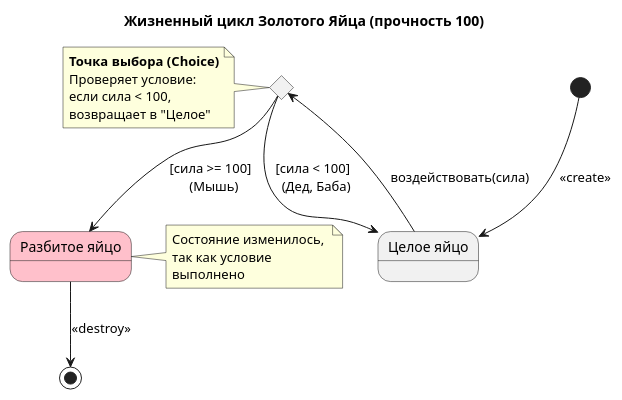
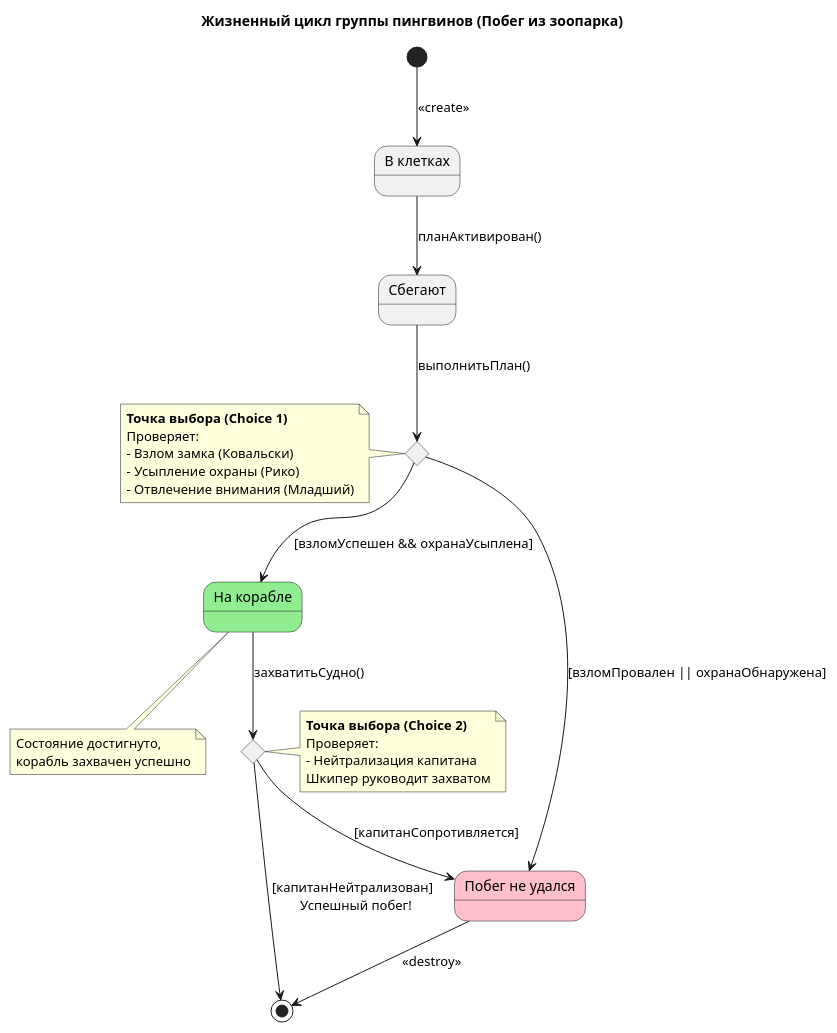
One commit to mruss-3/- changed the diagram in doc/state.puml. Above: the diagram before and after it, drawn with PlantUML.

```diff
--- a/doc/state.puml
+++ b/doc/state.puml
@@ -1,36 +1,57 @@
 @startuml
 skinparam state {
-  BackgroundColor<<Broken>> #pink
+  BackgroundColor<<Success>> #lightgreen
+  BackgroundColor<<Fail>> #pink
 }
 
-title Жизненный цикл Золотого Яйца (прочность 100)
+title Жизненный цикл группы пингвинов (Побег из зоопарка)
 
-[*] --> Целое : <<create>>
+[*] --> ВКлетках : <<create>>
 
-state "Целое яйцо" as Целое
-state "Разбитое яйцо" as Разбитое <<Broken>>
-state c <<choice>> 
+state "В клетках" as ВКлетках
+state "Сбегают" as Сбегают
+state "На корабле" as НаКорабле <<Success>>
+state "Побег не удался" as ПобегНеудался <<Fail>>
+state c1 <<choice>>
+state c2 <<choice>>
 
-' Все воздействия идут в точку принятия решения
-Целое --> c : воздействовать(сила)
+' Переходы
+ВКлетках --> Сбегают : планАктивирован()
 
-' Логика распределения потоков
-c --> Целое : [сила < 100] \n (Дед, Баба)
-c --> Разбитое : [сила >= 100] \n (Мышь)
+Сбегают --> c1 : выполнитьПлан()
 
-' Финал
-Разбитое --> [*] : <<destroy>>
+' Точка выбора 1: проверка взлома и усыпления
+c1 --> НаКорабле : [взломУспешен && охранаУсыплена]
+c1 --> ПобегНеудался : [взломПровален || охранаОбнаружена]
 
-note left of c
-  **Точка выбора (Choice)**
-  Проверяет условие:
-  если сила < 100, 
-  возвращает в "Целое"
+' Переход к захвату корабля
+НаКорабле --> c2 : захватитьСудно()
+
+' Точка выбора 2: проверка нейтрализации капитана
+c2 --> [*] : [капитанНейтрализован] \n Успешный побег!
+c2 --> ПобегНеудался : [капитанСопротивляется]
+
+' Финал при провале
+ПобегНеудался --> [*] : <<destroy>>
+
+note left of c1
+  **Точка выбора (Choice 1)**
+  Проверяет:
+  - Взлом замка (Ковальски)
+  - Усыпление охраны (Рико)
+  - Отвлечение внимания (Младший)
 end note
 
-note right of Разбитое
-  Состояние изменилось, 
-  так как условие 
-  выполнено
+note right of c2
+  **Точка выбора (Choice 2)**
+  Проверяет:
+  - Нейтрализация капитана
+  Шкипер руководит захватом
 end note
+
+note bottom of НаКорабле
+  Состояние достигнуто,
+  корабль захвачен успешно
+end note
+
 @enduml
```
